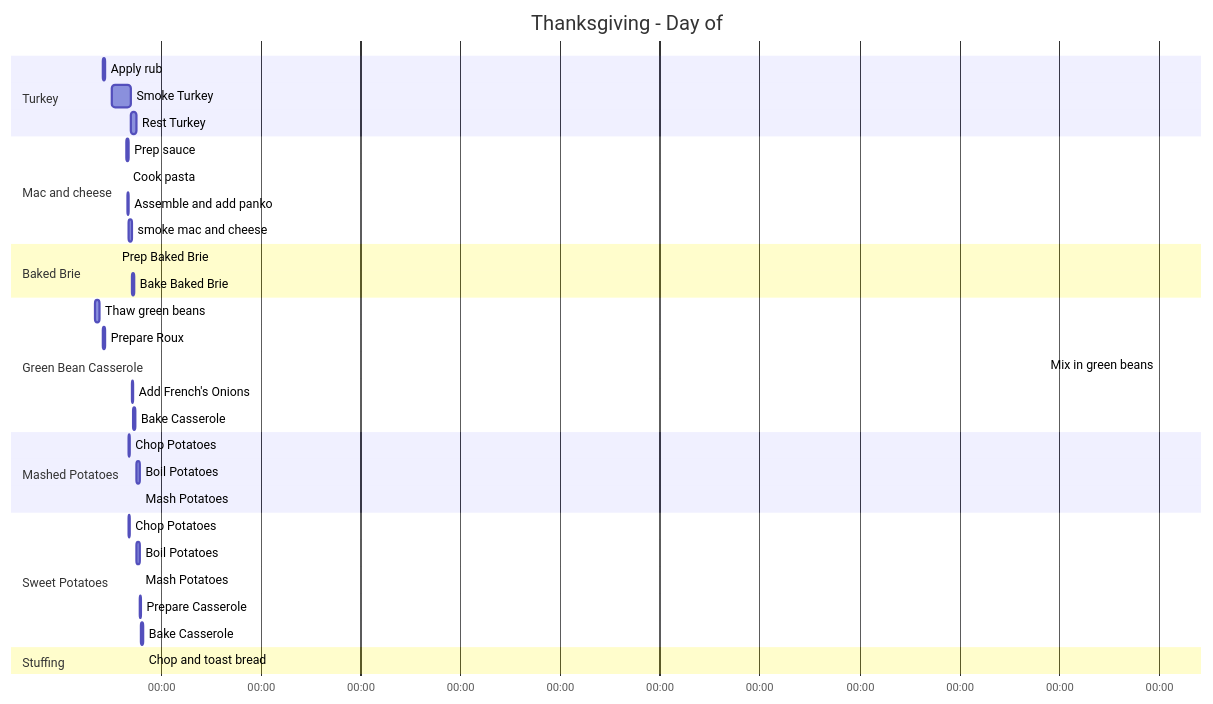
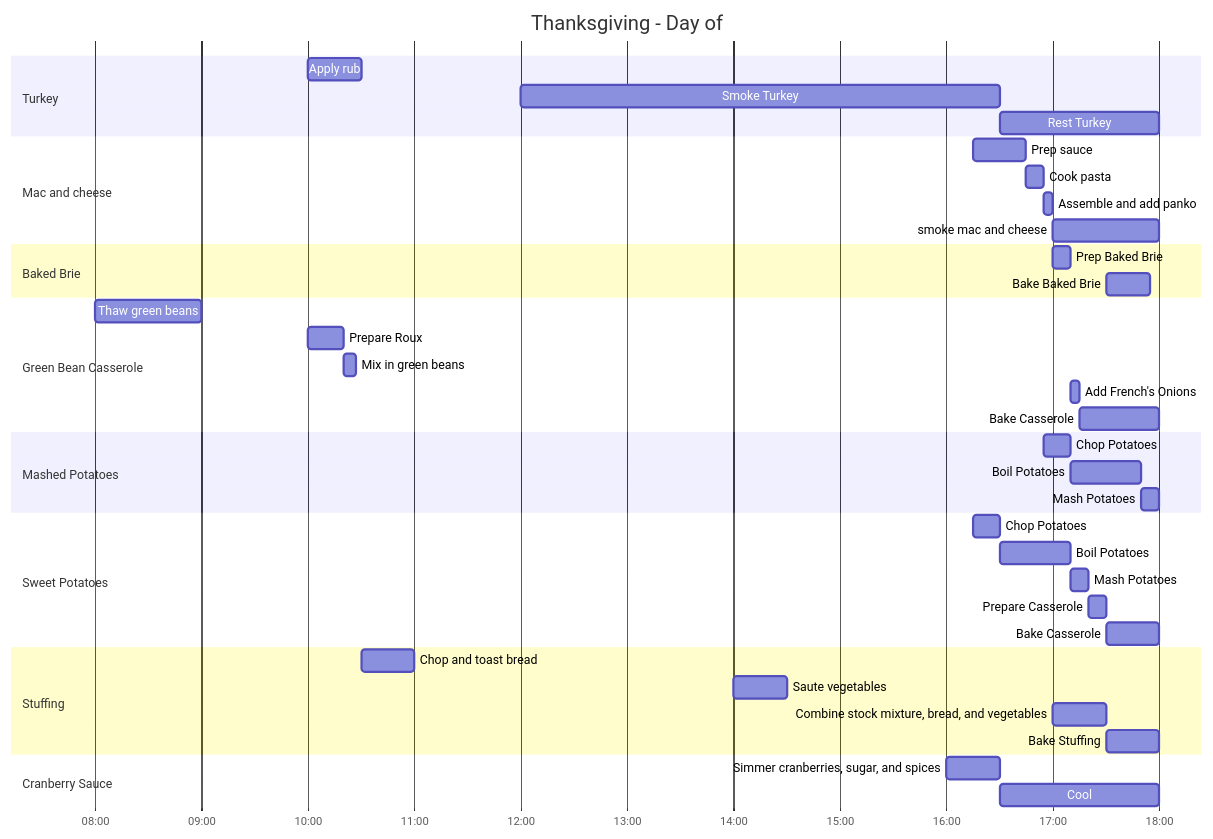
Before and after one commit to markmichael/personal_website: the second of 2 diagrams in posts/2025-11-29-thanksgiving_gantt/index.qmd, drawn with Mermaid. The commit also changed other lines of this file and 101 other files, not shown here.

Commit message:
finish thanksgiving gantt

````diff
--- a/posts/2025-11-29-thanksgiving_gantt/index.qmd
+++ b/posts/2025-11-29-thanksgiving_gantt/index.qmd
@@ -31,43 +33,51 @@
 ```{mermaid}
 gantt
   title Thanksgiving - Day of
   dateFormat HH:mm
   axisFormat %H:%M
   
   section Turkey
     Apply rub: t5, 2025-11-27 10:00, 30m
     Smoke Turkey: t7, 2025-11-27 12:00, 4.5h
     Rest Turkey: t8, 2025-11-27 16:30, 1.5h
 
   section Mac and cheese
-    Prep sauce: t9, 2025-11-27 15:30, 30m
-    Cook pasta: t10, 2025-11-27 15:45, 10m
-    Assemble and add panko: t11, 2025-11-27 15:55, 5m
-    smoke mac and cheese: t12, 2025-11-27 16:00, 1h
+    Prep sauce: 2025-11-27 16:15, 30m
+    Cook pasta: 2025-11-27 16:45, 10m
+    Assemble and add panko: 2025-11-27 16:55, 5m
+    smoke mac and cheese: 2025-11-27 17:00, 1h
   
   section Baked Brie
-    Prep Baked Brie: t13, 2025-11-27 13:00, 10m
-    Bake Baked Brie: t14, 2025-11-27 17:00, 25m
+    Prep Baked Brie: t13, 2025-11-27 17:00, 10m
+    Bake Baked Brie: t14, 2025-11-27 17:30, 25m
 
   section Green Bean Casserole
     Thaw green beans: t17c, 2025-11-27 08:00, 1h
     Prepare Roux: t17a, 2025-11-27 10:00, 20m
-    Mix in green beans: t17b, after Prepare Roux, 7m
-    Add French's Onions: t17, 2025-11-27 17:00, 5m
-    Bake Casserole: t18, after t17, 45m
+    Mix in green beans: t17b, 2025-11-27 10:20, 7m
+    Add French's Onions: 2025-11-27 17:10, 5m
+    Bake Casserole: t18, 2025-11-27 17:15, 45m
 
   section Mashed Potatoes
-    Chop Potatoes: t19, 2025-11-27 16:00, 15m
-    Boil Potatoes: t20, 2025-11-27 18:00, 40m
-    Mash Potatoes: t21, 2025-11-27 18:40, 10m
+    Chop Potatoes: 2025-11-27 16:55, 15m
+    Boil Potatoes: 2025-11-27 17:10, 40m
+    Mash Potatoes: 2025-11-27 17:50, 10m
 
   section Sweet Potatoes
-    Chop Potatoes: t19, 2025-11-27 16:00, 15m
-    Boil Potatoes: t20, 2025-11-27 18:00, 40m
-    Mash Potatoes: t21, 2025-11-27 18:40, 10m
-    Prepare Casserole: t22, 2025-11-27 18:50, 10m
-    Bake Casserole: t23, 2025-11-27 19:00, 30m
+    Chop Potatoes: 2025-11-27 16:15, 15m
+    Boil Potatoes: 2025-11-27 16:30, 40m
+    Mash Potatoes: 2025-11-27 17:10, 10m
+    Prepare Casserole: 2025-11-27 17:20, 10m
+    Bake Casserole: 2025-11-27 17:30, 30m
 
   section Stuffing
-    Chop and toast bread: 
+    Chop and toast bread: 2025-11-27 10:30, 30m
+    Saute vegetables: 2025-11-27 14:00, 30m
+    Combine stock mixture, bread, and vegetables: 2025-11-27 17:00, 30m
+    Bake Stuffing: 2025-11-27 17:30, 30m
+
+  section Cranberry Sauce
+    Simmer cranberries, sugar, and spices: 2025-11-27 16:00, 30m
+    Cool: 2025-11-27 16:30, 1.5h
+
 ```
````
